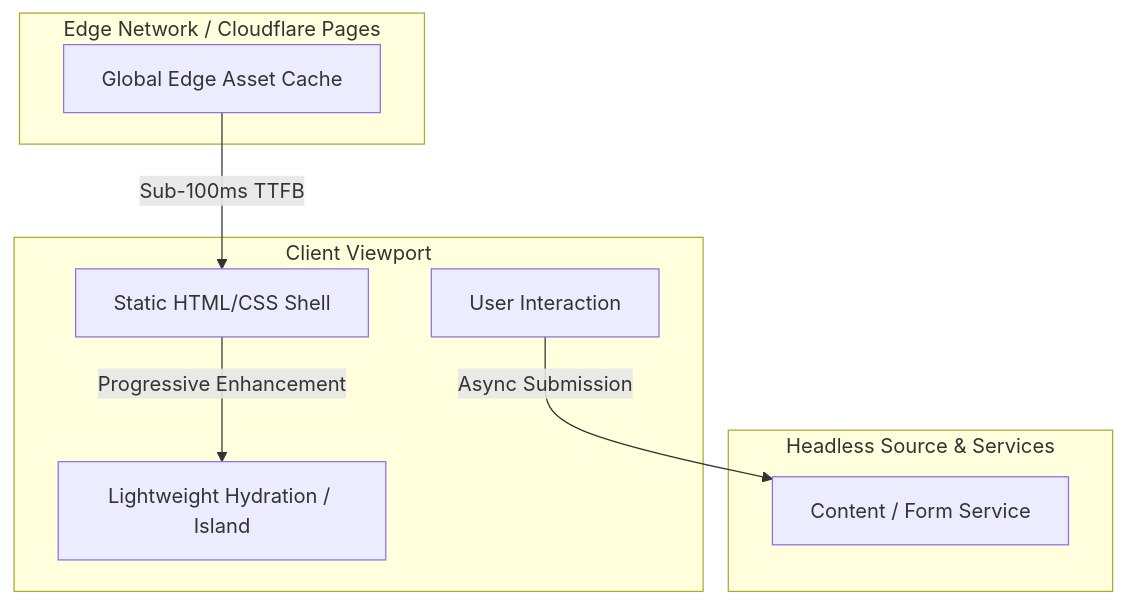
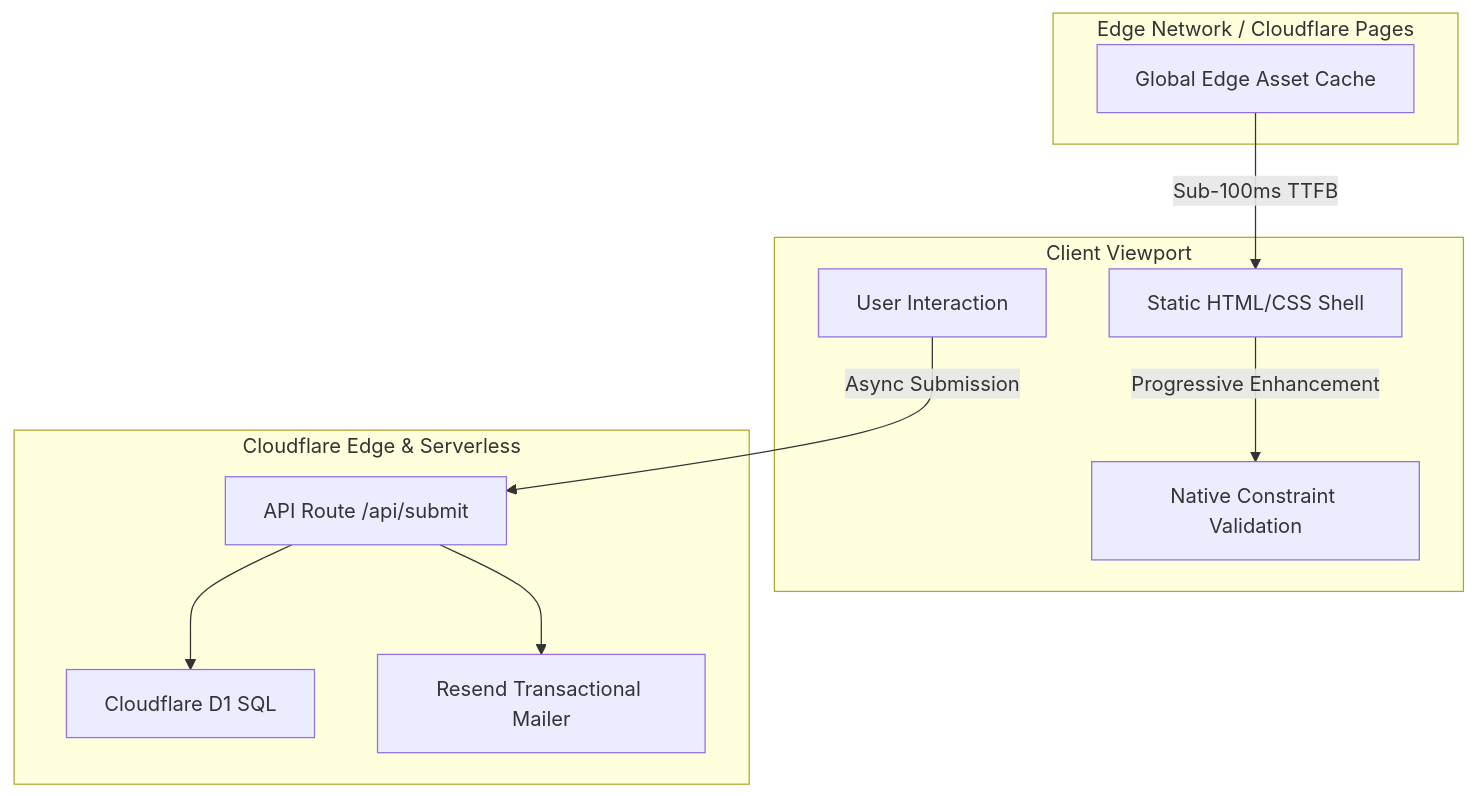
The diagram in docs/frontend-flow.mermaid (robinsehnalik/kompletmotiv-public), drawn with Mermaid before and after one commit. The commit also changed 5 other files, not shown here.

Commit message:
feat: add authentic sanitized components and update architecture showcase

```diff
--- a/docs/frontend-flow.mermaid
+++ b/docs/frontend-flow.mermaid
@@ -1,18 +1,22 @@
 flowchart TD
     subgraph Browser [Client Viewport]
         DOM[Static HTML/CSS Shell]
-        Hydrate[Lightweight Hydration / Island]
+        ConstraintEngine[Native Constraint Validation]
         UserAction[User Interaction]
     end
 
     subgraph EdgeCDN [Edge Network / Cloudflare Pages]
         Cache[Global Edge Asset Cache]
     end
 
-    subgraph HeadlessData [Headless Source & Services]
-        CMS[Content / Form Service]
+    subgraph HeadlessData [Cloudflare Edge & Serverless]
+        API[API Route /api/submit]
+        D1[Cloudflare D1 SQL]
+        Resend[Resend Transactional Mailer]
     end
 
     Cache -->|Sub-100ms TTFB| DOM
-    DOM -->|Progressive Enhancement| Hydrate
-    UserAction -->|Async Submission| CMS
+    DOM -->|Progressive Enhancement| ConstraintEngine
+    UserAction -->|Async Submission| API
+    API --> D1
+    API --> Resend
```
